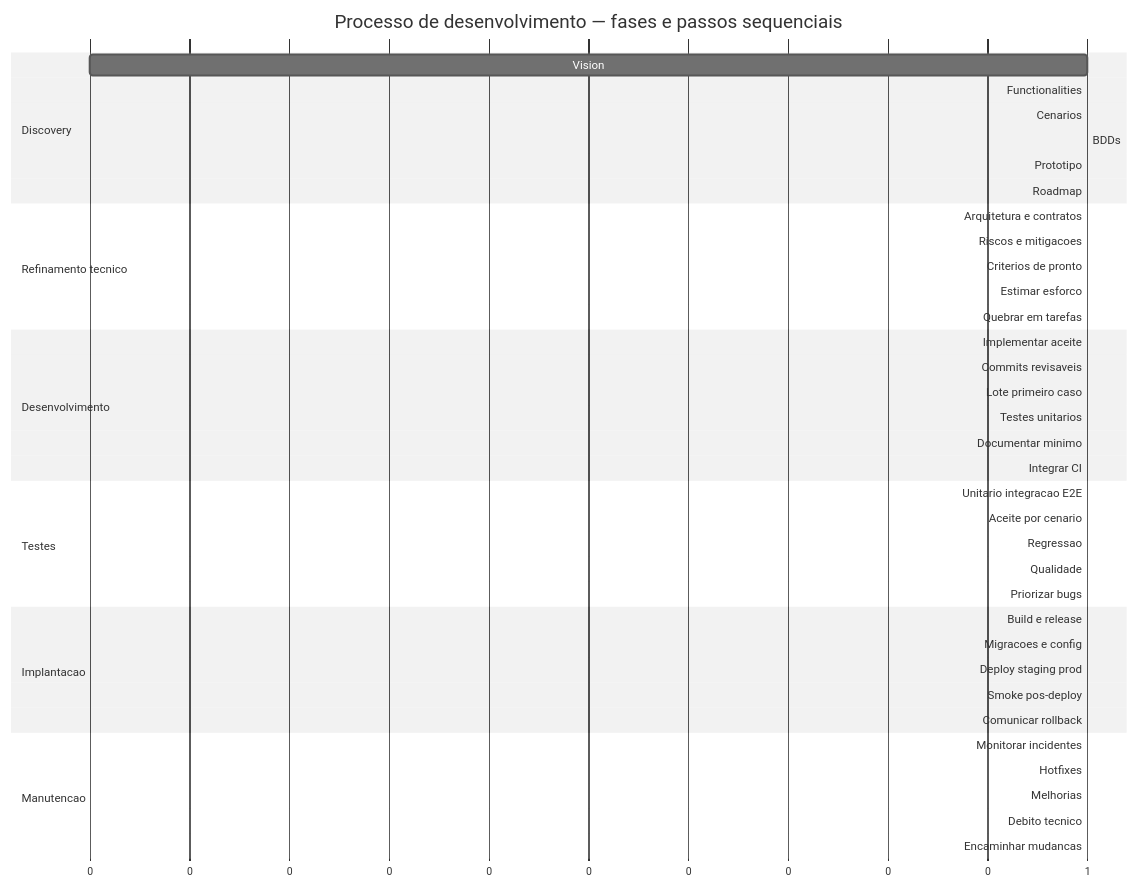
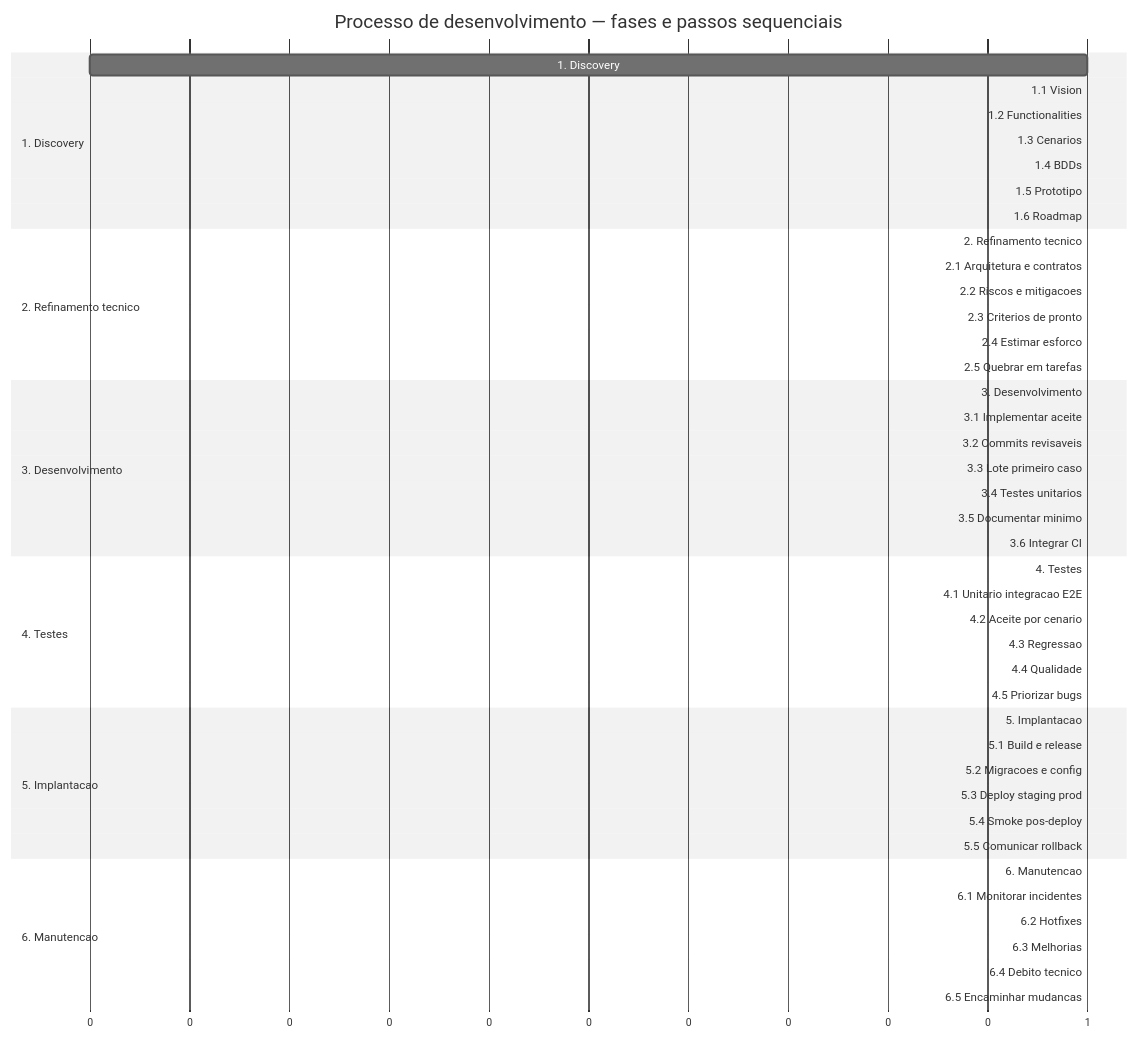
Before and after one commit to laerciogermano/workstation: the first of 2 diagrams in core/processo/README.md, drawn with Mermaid (neutral theme). The commit also changed other lines of this file, not shown here.

Commit message:
Deixa o Gantt do processo com pais e filhos todos sequenciais.
Cada fase entra como barra antes dos seus passos, na mesma ordem da árvore.

````diff
--- a/core/processo/README.md
+++ b/core/processo/README.md
@@ -76,50 +76,56 @@
 ```mermaid
 gantt
   title Processo de desenvolvimento — fases e passos sequenciais
   dateFormat X
   axisFormat %s
 
-  section Discovery
-  Vision                        :d1a, 0, 1
-  Functionalities               :d1b, after d1a, 1
-  Cenarios                      :d1c, after d1b, 1
-  BDDs                          :d1d, after d1c, 1
-  Prototipo                     :d1e, after d1d, 1
-  Roadmap                       :d1f, after d1e, 1
+  section 1. Discovery
+  1. Discovery                  :p1, 0, 1
+  1.1 Vision                    :d11, after p1, 1
+  1.2 Functionalities           :d12, after d11, 1
+  1.3 Cenarios                  :d13, after d12, 1
+  1.4 BDDs                      :d14, after d13, 1
+  1.5 Prototipo                 :d15, after d14, 1
+  1.6 Roadmap                   :d16, after d15, 1
 
-  section Refinamento tecnico
-  Arquitetura e contratos       :d2a, after d1f, 1
-  Riscos e mitigacoes           :d2b, after d2a, 1
-  Criterios de pronto           :d2c, after d2b, 1
-  Estimar esforco               :d2d, after d2c, 1
-  Quebrar em tarefas            :d2e, after d2d, 1
+  section 2. Refinamento tecnico
+  2. Refinamento tecnico        :p2, after d16, 1
+  2.1 Arquitetura e contratos   :d21, after p2, 1
+  2.2 Riscos e mitigacoes       :d22, after d21, 1
+  2.3 Criterios de pronto       :d23, after d22, 1
+  2.4 Estimar esforco           :d24, after d23, 1
+  2.5 Quebrar em tarefas        :d25, after d24, 1
 
-  section Desenvolvimento
-  Implementar aceite            :d3a, after d2e, 1
-  Commits revisaveis            :d3b, after d3a, 1
-  Lote primeiro caso            :d3c, after d3b, 1
-  Testes unitarios              :d3d, after d3c, 1
-  Documentar minimo             :d3e, after d3d, 1
-  Integrar CI                   :d3f, after d3e, 1
+  section 3. Desenvolvimento
+  3. Desenvolvimento            :p3, after d25, 1
+  3.1 Implementar aceite        :d31, after p3, 1
+  3.2 Commits revisaveis        :d32, after d31, 1
+  3.3 Lote primeiro caso        :d33, after d32, 1
+  3.4 Testes unitarios          :d34, after d33, 1
+  3.5 Documentar minimo         :d35, after d34, 1
+  3.6 Integrar CI               :d36, after d35, 1
 
-  section Testes
-  Unitario integracao E2E       :d4a, after d3f, 1
-  Aceite por cenario            :d4b, after d4a, 1
-  Regressao                     :d4c, after d4b, 1
-  Qualidade                     :d4d, after d4c, 1
-  Priorizar bugs                :d4e, after d4d, 1
+  section 4. Testes
+  4. Testes                     :p4, after d36, 1
+  4.1 Unitario integracao E2E   :d41, after p4, 1
+  4.2 Aceite por cenario        :d42, after d41, 1
+  4.3 Regressao                 :d43, after d42, 1
+  4.4 Qualidade                 :d44, after d43, 1
+  4.5 Priorizar bugs            :d45, after d44, 1
 
-  section Implantacao
-  Build e release               :d5a, after d4e, 1
-  Migracoes e config            :d5b, after d5a, 1
-  Deploy staging prod           :d5c, after d5b, 1
-  Smoke pos-deploy              :d5d, after d5c, 1
-  Comunicar rollback            :d5e, after d5d, 1
+  section 5. Implantacao
+  5. Implantacao                :p5, after d45, 1
+  5.1 Build e release           :d51, after p5, 1
+  5.2 Migracoes e config        :d52, after d51, 1
+  5.3 Deploy staging prod       :d53, after d52, 1
+  5.4 Smoke pos-deploy          :d54, after d53, 1
+  5.5 Comunicar rollback        :d55, after d54, 1
 
-  section Manutencao
-  Monitorar incidentes          :d6a, after d5e, 1
-  Hotfixes                      :d6b, after d6a, 1
-  Melhorias                     :d6c, after d6b, 1
-  Debito tecnico                :d6d, after d6c, 1
-  Encaminhar mudancas           :d6e, after d6d, 1
+  section 6. Manutencao
+  6. Manutencao                 :p6, after d55, 1
+  6.1 Monitorar incidentes      :d61, after p6, 1
+  6.2 Hotfixes                  :d62, after d61, 1
+  6.3 Melhorias                 :d63, after d62, 1
+  6.4 Debito tecnico            :d64, after d63, 1
+  6.5 Encaminhar mudancas       :d65, after d64, 1
 ```
````
